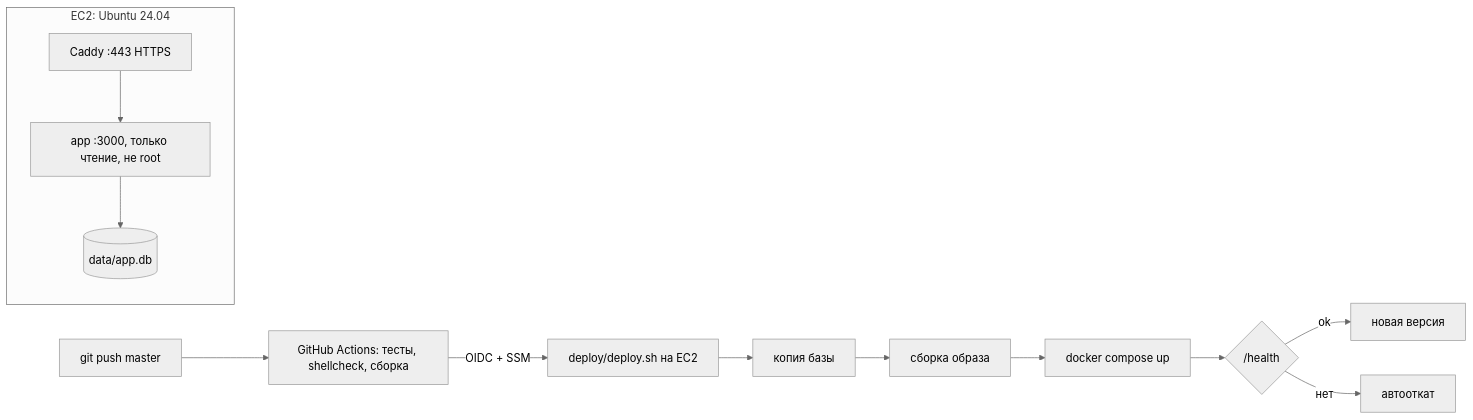
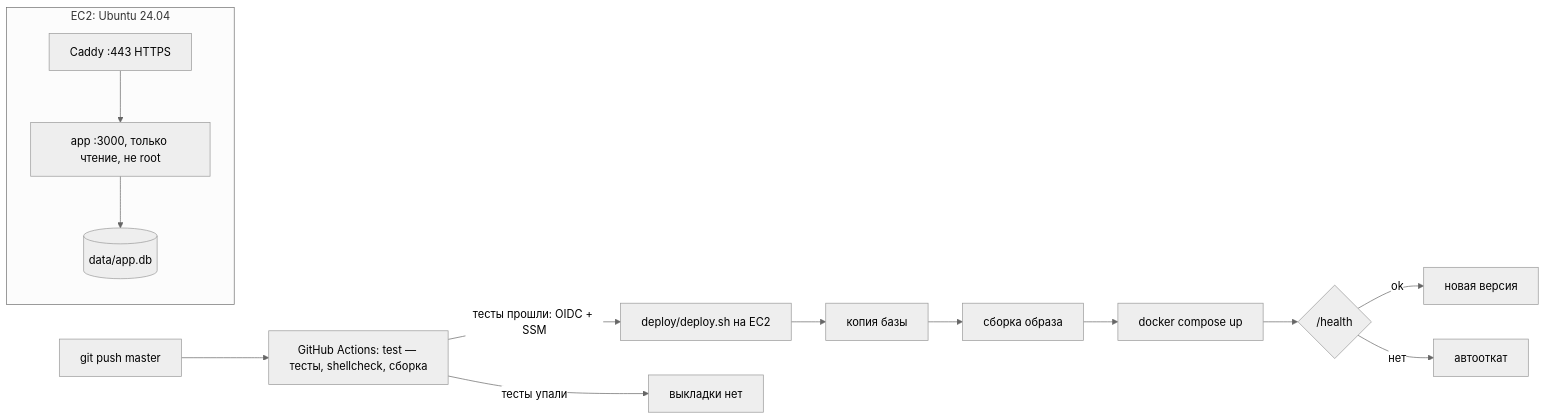
Before and after one commit to RahimovShaxriyor/gh-tg-poster: the third of 3 diagrams in README.md, drawn with Mermaid (neutral theme). The commit also changed other lines of this file and 3 other files, not shown here.

````diff
--- a/README.md
+++ b/README.md
@@ -159,12 +159,13 @@
 ```mermaid
 flowchart LR
-  push[git push master] --> ci[GitHub Actions: тесты, shellcheck, сборка]
-  ci -->|OIDC + SSM| deploy[deploy/deploy.sh на EC2]
+  push[git push master] --> ci[GitHub Actions: test — тесты, shellcheck, сборка]
+  ci -->|тесты прошли: OIDC + SSM| deploy[deploy/deploy.sh на EC2]
+  ci -->|тесты упали| keep[выкладки нет]
   deploy --> backup[копия базы] --> build[сборка образа] --> up[docker compose up] --> health{/health}
   health -->|ok| done[новая версия]
   health -->|нет| rollback[автооткат]
   subgraph EC2[EC2: Ubuntu 24.04]
     caddy[Caddy :443 HTTPS] --> app[app :3000, только чтение, не root]
     app --> data[(data/app.db)]
   end
 ```
````
